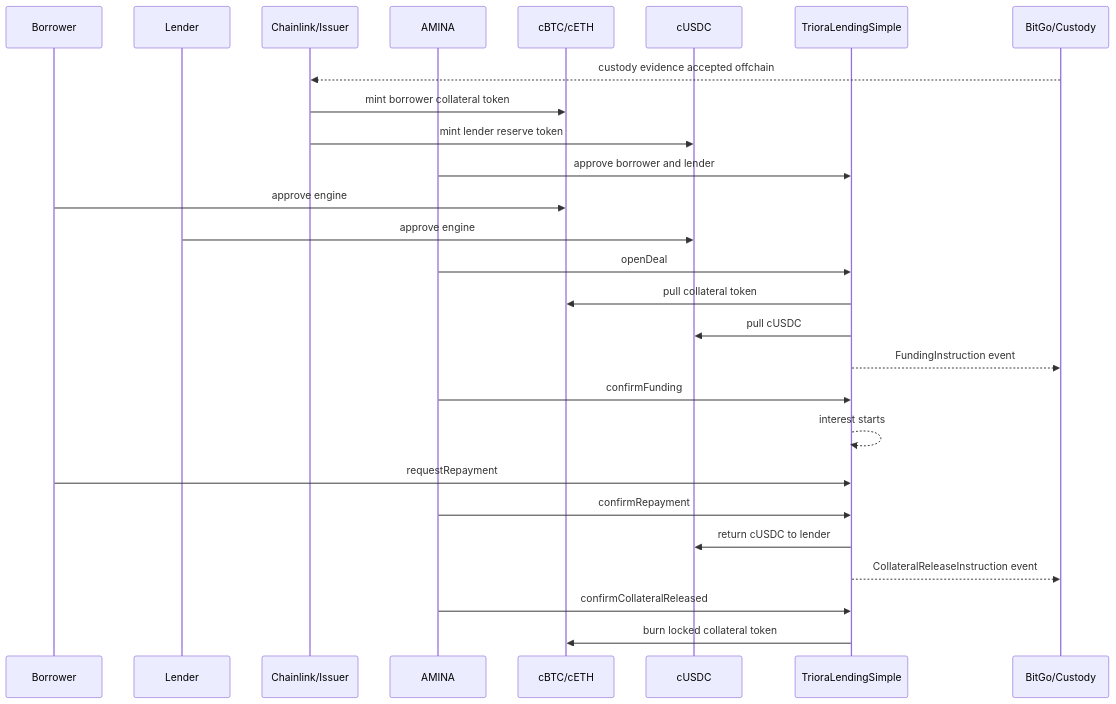
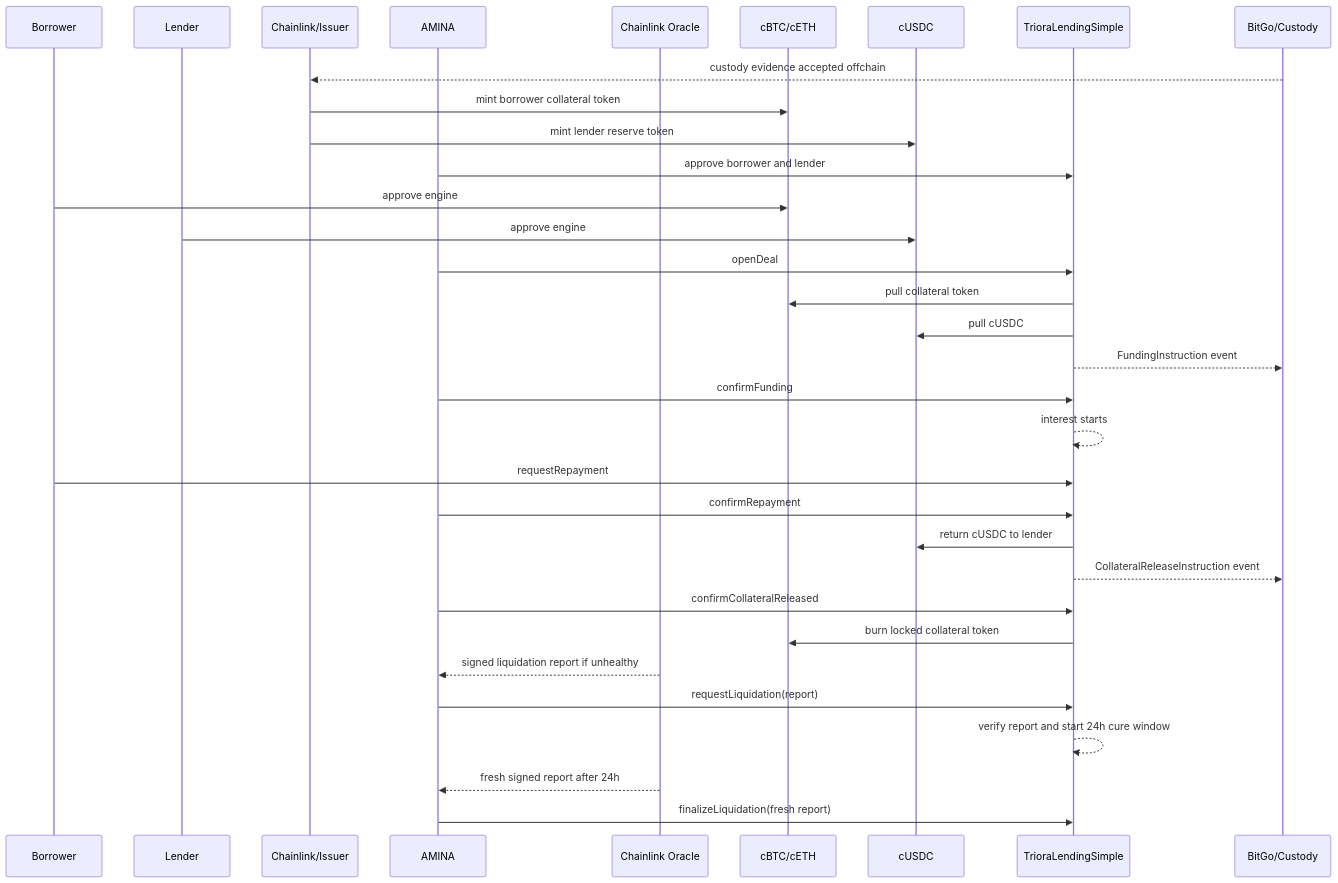
The fifth of 7 diagrams in docs/Triora-architecture-simplified.md (sanbir/P2PxAmina), drawn with Mermaid before and after one commit. The commit also changed other lines of this file and 4 other files, not shown here.

````diff
--- a/docs/Triora-architecture-simplified.md
+++ b/docs/Triora-architecture-simplified.md
@@ -274,30 +285,37 @@
 ```mermaid
 sequenceDiagram
     participant Borrower
     participant Lender
     participant Issuer as Chainlink/Issuer
     participant Amina as AMINA
+    participant Oracle as Chainlink Oracle
     participant TokenC as cBTC/cETH
     participant TokenU as cUSDC
     participant Engine as TrioraLendingSimple
     participant Custody as BitGo/Custody
 
     Custody-->>Issuer: custody evidence accepted offchain
     Issuer->>TokenC: mint borrower collateral token
     Issuer->>TokenU: mint lender reserve token
     Amina->>Engine: approve borrower and lender
     Borrower->>TokenC: approve engine
     Lender->>TokenU: approve engine
     Amina->>Engine: openDeal
     Engine->>TokenC: pull collateral token
     Engine->>TokenU: pull cUSDC
     Engine-->>Custody: FundingInstruction event
     Amina->>Engine: confirmFunding
     Engine-->>Engine: interest starts
     Borrower->>Engine: requestRepayment
     Amina->>Engine: confirmRepayment
     Engine->>TokenU: return cUSDC to lender
     Engine-->>Custody: CollateralReleaseInstruction event
     Amina->>Engine: confirmCollateralReleased
     Engine->>TokenC: burn locked collateral token
+
+    Oracle-->>Amina: signed liquidation report if unhealthy
+    Amina->>Engine: requestLiquidation(report)
+    Engine-->>Engine: verify report and start 24h cure window
+    Oracle-->>Amina: fresh signed report after 24h
+    Amina->>Engine: finalizeLiquidation(fresh report)
 ```
````
